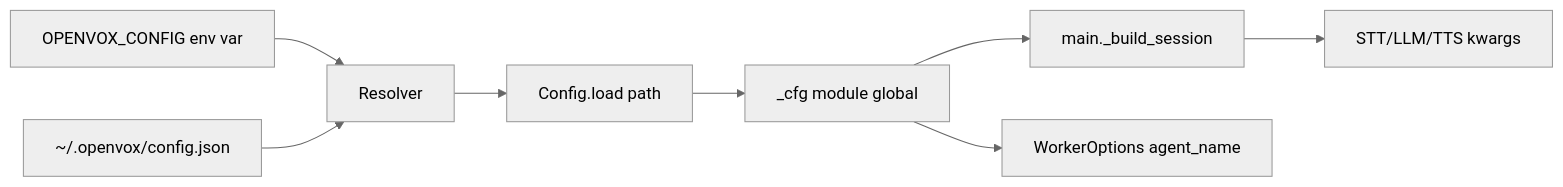
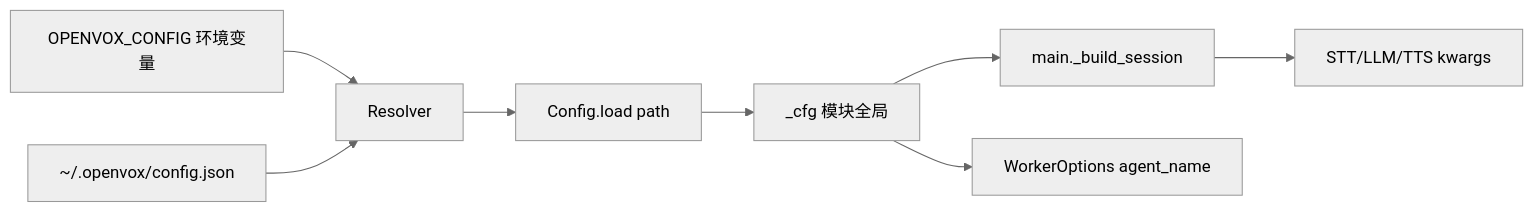
The diagram in openwiki/configuration/config-loader.md (blankPen/OpenVox), drawn with Mermaid (neutral theme) before and after one commit. The commit also changed other lines of this file and 14 other files, not shown here.

````diff
--- a/openwiki/configuration/config-loader.md
+++ b/openwiki/configuration/config-loader.md
@@ -62,10 +62,10 @@
 ```mermaid
 flowchart LR
-    Env[OPENVOX_CONFIG env var] --> Resolver
+    Env[OPENVOX_CONFIG 环境变量] --> Resolver
     Default["~/.openvox/config.json"] --> Resolver
     Resolver --> Load[Config.load path]
-    Load --> Singleton[_cfg module global]
+    Load --> Singleton[_cfg 模块全局]
     Singleton --> Build[main._build_session]
     Singleton --> WorkerOpts[WorkerOptions agent_name]
     Build --> Plugins[STT/LLM/TTS kwargs]
 ```
````
